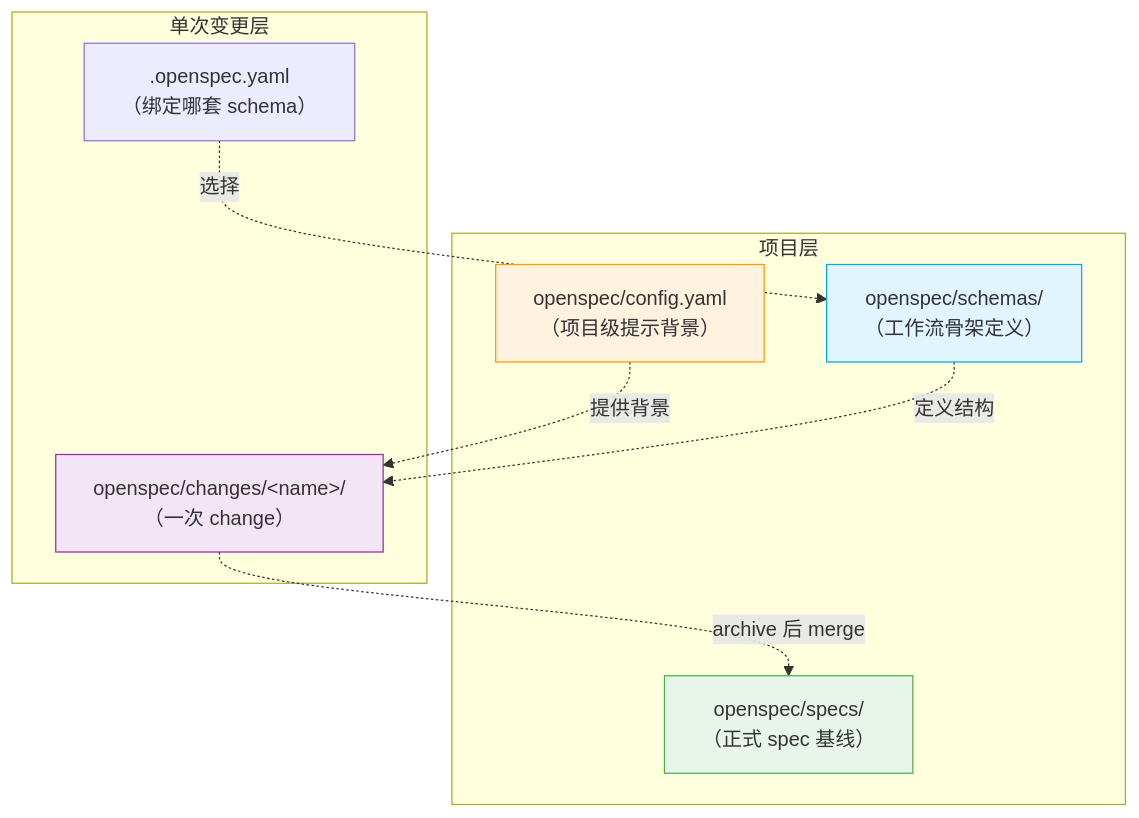
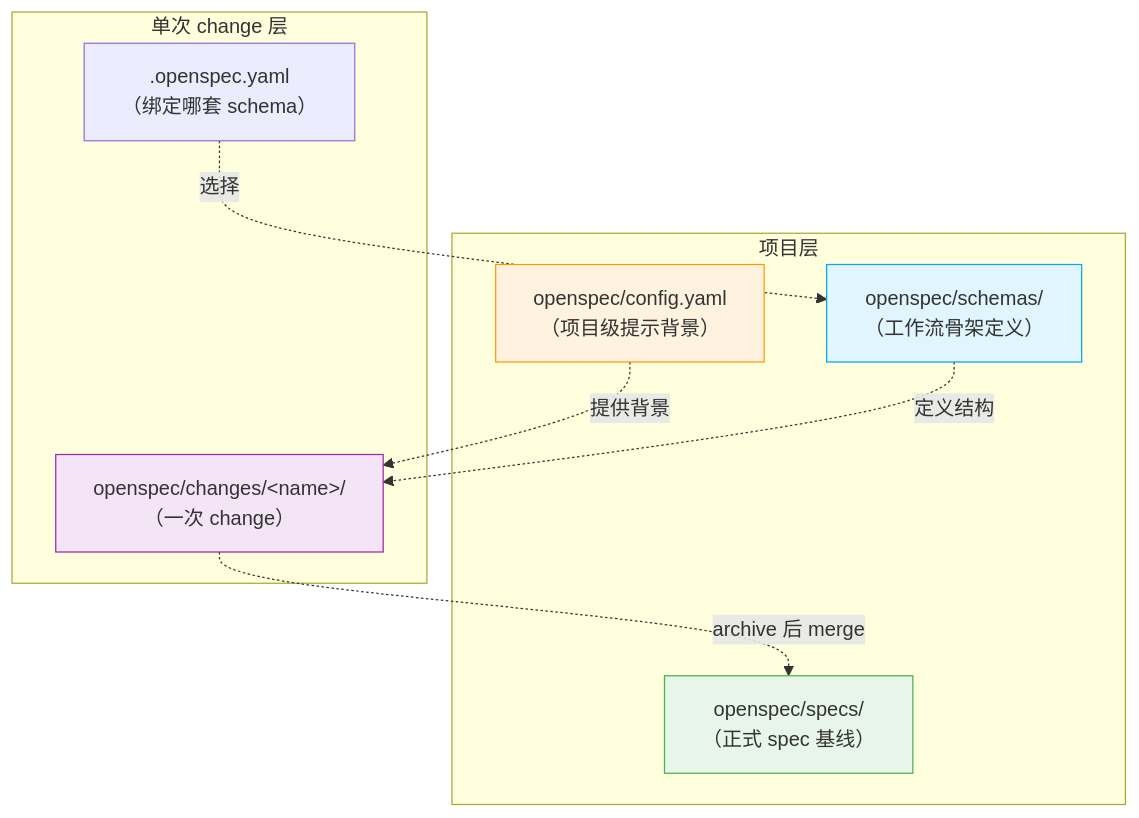
One commit to ethan-jiang-3/OpenSpec changed the first of 2 diagrams in _openspec_handbook/04-高级-config-schema-与项目边界.md. Above: the diagram before and after it, drawn with Mermaid. The commit also changed 32 other files, not shown here.

````diff
--- a/_openspec_handbook/04-高级-config-schema-与项目边界.md
+++ b/_openspec_handbook/04-高级-config-schema-与项目边界.md
@@ -23,23 +23,23 @@
 ```mermaid
 graph TB
     subgraph 项目层
     A["openspec/specs/<br/>（正式 spec 基线）"]
     B["openspec/config.yaml<br/>（项目级提示背景）"]
     C["openspec/schemas/<br/>（工作流骨架定义）"]
     end
     
-    subgraph 单次变更层
+    subgraph 单次 change 层
     D["openspec/changes/&lt;name&gt;/<br/>（一次 change）"]
     E[".openspec.yaml<br/>（绑定哪套 schema）"]
     end
     
     B -.提供背景.-> D
     C -.定义结构.-> D
     E -.选择.-> C
     D -.archive 后 merge.-> A
     
     style A fill:#e8f5e9,stroke:#4caf50
     style B fill:#fff3e0,stroke:#ff9800
     style C fill:#e1f5fe,stroke:#03a9f4
     style D fill:#f3e5f5,stroke:#9c27b0
 ```
````
